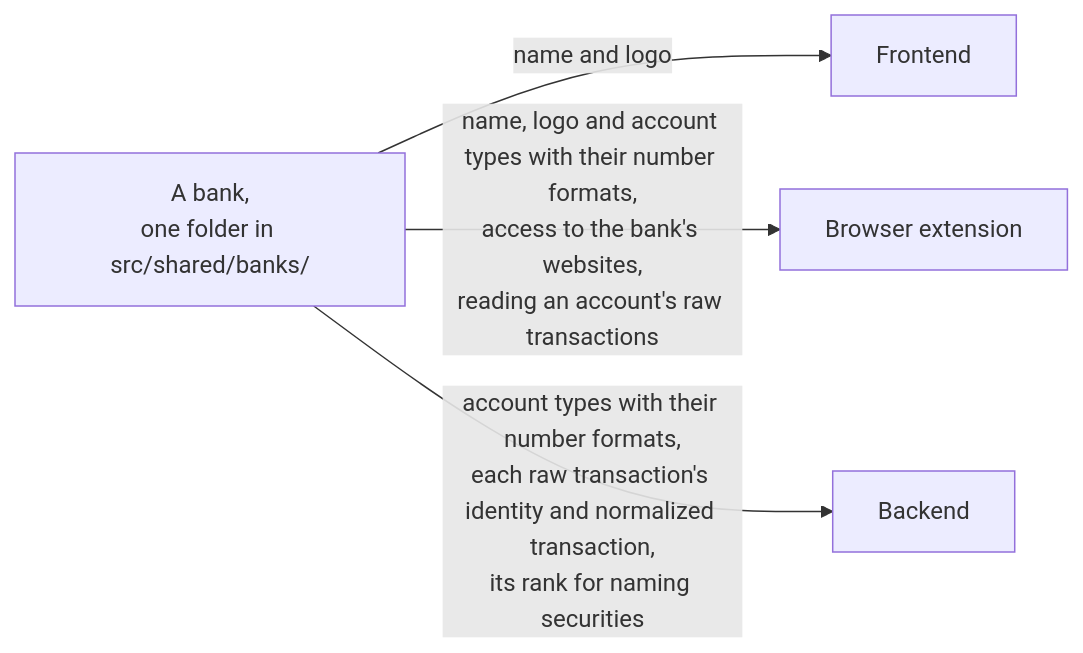
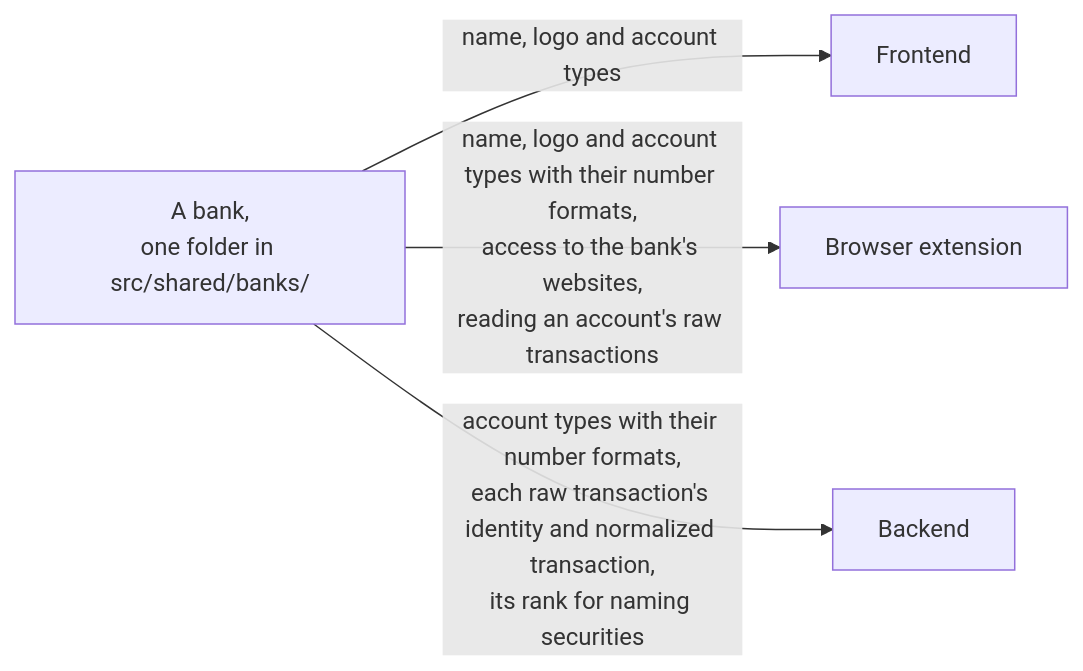
Before and after one commit to lennartmoeller/finance-tracker: the diagram in docs/contract/banks.md, drawn with Mermaid. The commit also changed 30 other files, not shown here.

````diff
--- a/docs/contract/banks.md
+++ b/docs/contract/banks.md
@@ -3,10 +3,10 @@
 ```mermaid
 flowchart LR
   bank["A bank,<br/>one folder in src/shared/banks/"]
   frontend["Frontend"]
   extension["Browser extension"]
   backend["Backend"]
-  bank -- "name and logo" --> frontend
+  bank -- "name, logo and account types" --> frontend
   bank -- "name, logo and account types with their number formats,<br/>access to the bank's websites,<br/>reading an account's raw transactions" --> extension
   bank -- "account types with their number formats,<br/>each raw transaction's identity and normalized transaction,<br/>its rank for naming securities" --> backend
 ```
````
